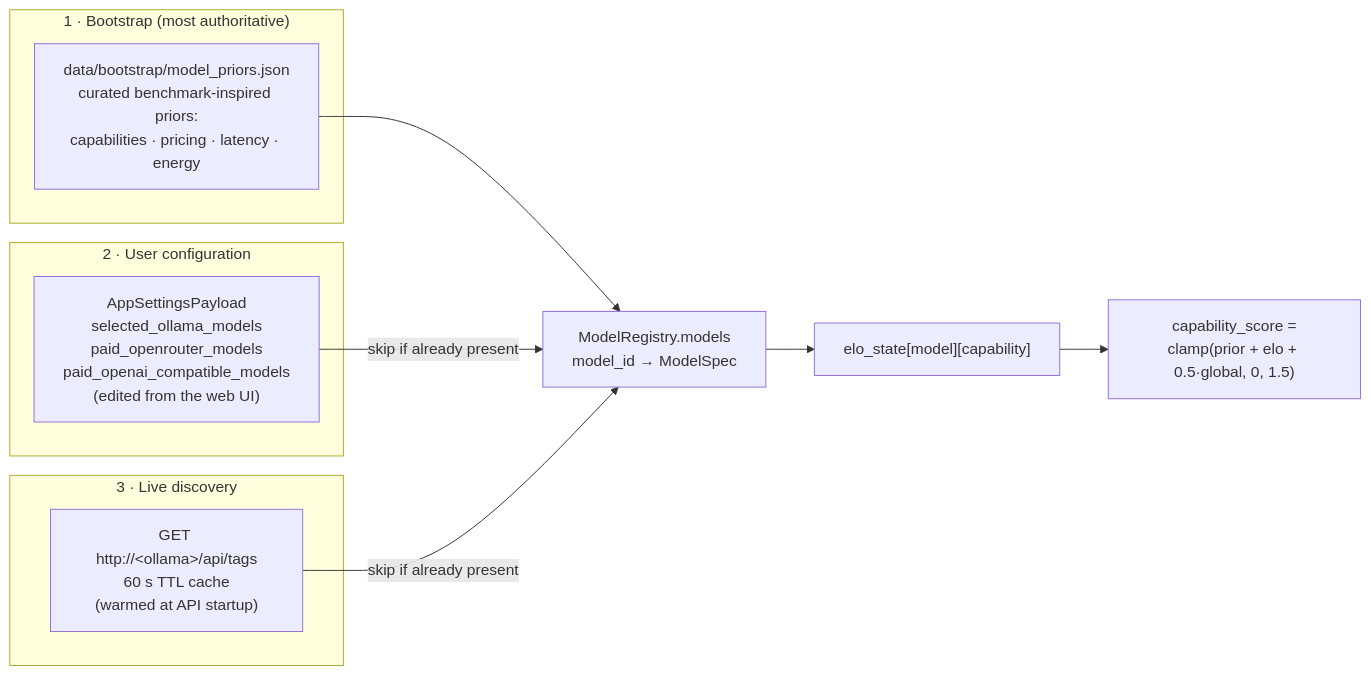
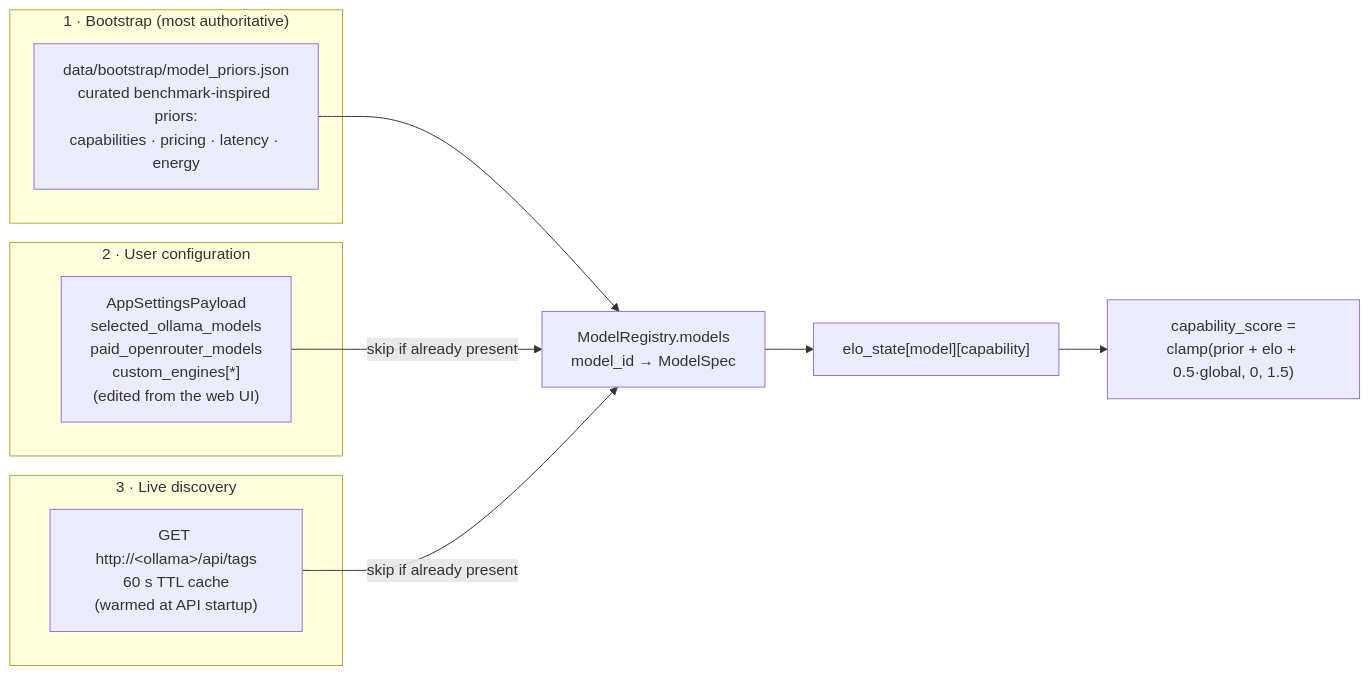
Before and after one commit to warith-harchaoui/roitelet-llm: the fourth of 7 diagrams in MECHANISM.md, drawn with Mermaid. The commit also changed other lines of this file and 15 other files, not shown here.

````diff
--- a/MECHANISM.md
+++ b/MECHANISM.md
@@ -199,20 +199,20 @@
 ```mermaid
 flowchart LR
     subgraph S1["1 · Bootstrap (most authoritative)"]
         B["data/bootstrap/model_priors.json<br/>curated benchmark-inspired priors:<br/>capabilities · pricing · latency · energy"]
     end
     subgraph S2["2 · User configuration"]
-        U["AppSettingsPayload<br/>selected_ollama_models<br/>paid_openrouter_models<br/>paid_openai_compatible_models<br/>(edited from the web UI)"]
+        U["AppSettingsPayload<br/>selected_ollama_models<br/>paid_openrouter_models<br/>custom_engines[*]<br/>(edited from the web UI)"]
     end
     subgraph S3["3 · Live discovery"]
         L["GET http://&lt;ollama&gt;/api/tags<br/>60 s TTL cache<br/>(warmed at API startup)"]
     end
 
     B --> M
     U -- "skip if already present" --> M
     L -- "skip if already present" --> M
     M["ModelRegistry.models<br/>model_id → ModelSpec"]
 
     M --> ES["elo_state[model][capability]"]
     ES --> SCORE["capability_score =<br/>clamp(prior + elo + 0.5·global, 0, 1.5)"]
 ```
````
